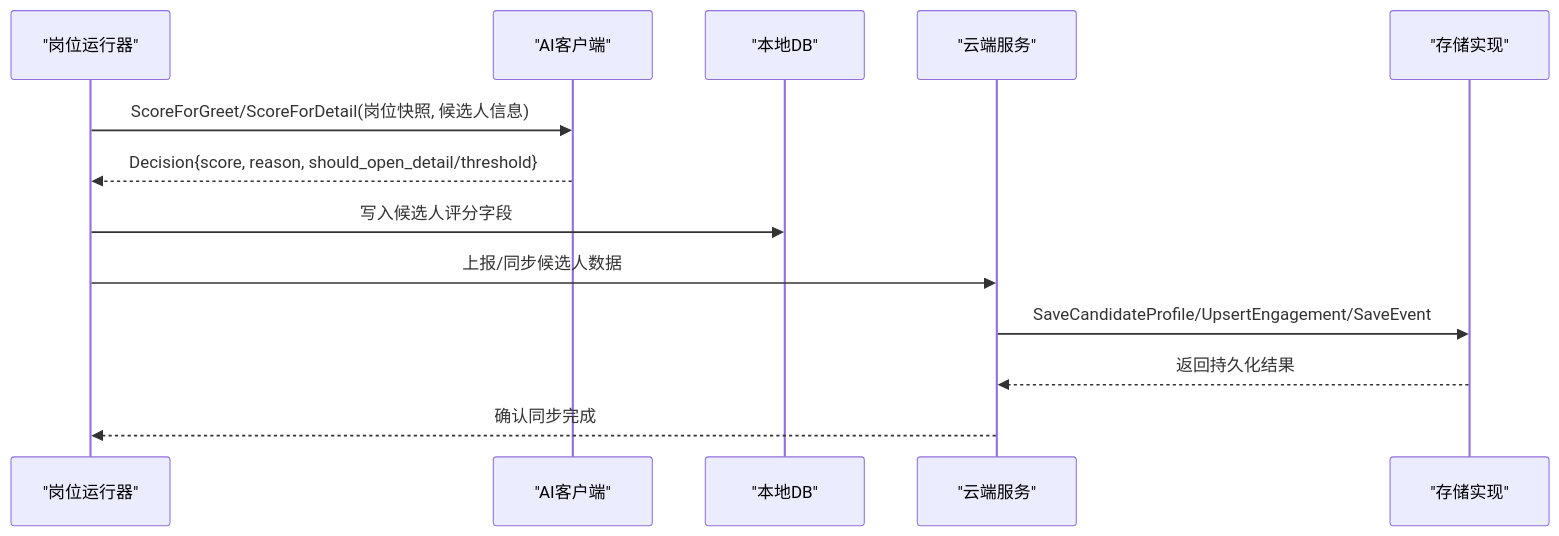
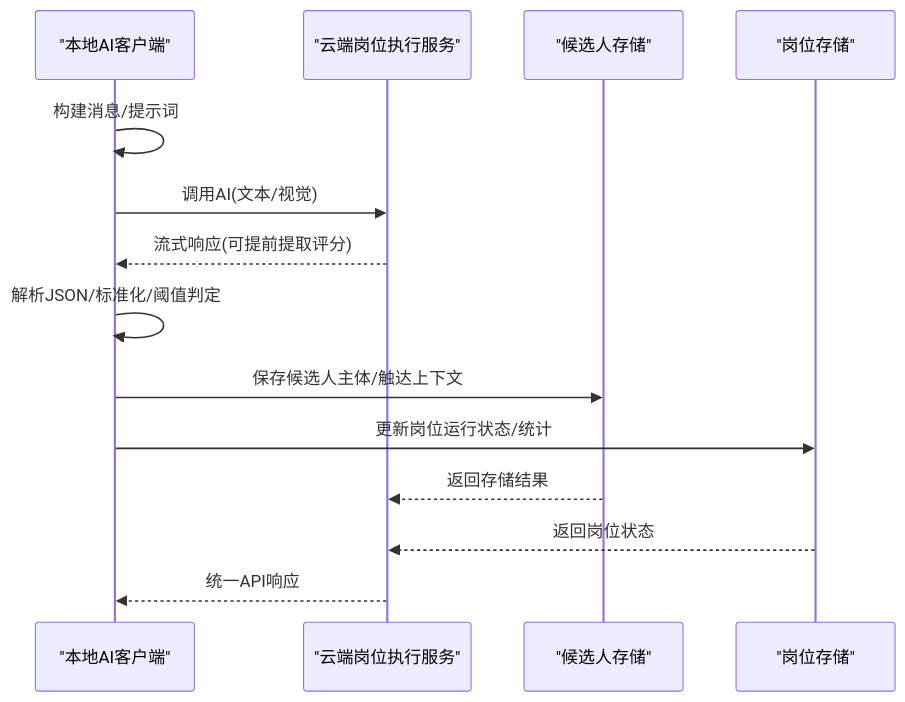
One commit to alvinwangzi/goodhr changed the second of 7 diagrams in .qoder/repowiki/zh/content/云端后端服务/候选人处理系统/AI匹配评分/评分结果处理.md. Above: the diagram before and after it, drawn with Mermaid. The commit also changed other lines of this file and 149 other files, not shown here.

````diff
--- a/.qoder/repowiki/zh/content/云端后端服务/候选人处理系统/AI匹配评分/评分结果处理.md
+++ b/.qoder/repowiki/zh/content/云端后端服务/候选人处理系统/AI匹配评分/评分结果处理.md
@@ -94,15 +105,16 @@
 ```mermaid
 sequenceDiagram
-participant Runner as "岗位运行器"
-participant AI as "AI客户端"
-participant LocalDB as "本地DB"
-participant Cloud as "云端服务"
-participant Store as "存储实现"
-Runner->>AI : ScoreForGreet/ScoreForDetail(岗位快照, 候选人信息)
-AI-->>Runner : Decision{score, reason, should_open_detail/threshold}
-Runner->>LocalDB : 写入候选人评分字段
-Runner->>Cloud : 上报/同步候选人数据
-Cloud->>Store : SaveCandidateProfile/UpsertEngagement/SaveEvent
-Store-->>Cloud : 返回持久化结果
-Cloud-->>Runner : 确认同步完成
+participant LA as "本地AI客户端"
+participant S as "云端岗位执行服务"
+participant CS as "候选人存储"
+participant PS as "岗位存储"
+LA->>LA : 构建消息/提示词
+LA->>S : 调用AI(文本/视觉)
+S-->>LA : 流式响应(可提前提取评分)
+LA->>LA : 解析JSON/标准化/阈值判定
+LA->>CS : 保存候选人主体/触达上下文
+LA->>PS : 更新岗位运行状态/统计
+CS-->>S : 返回存储结果
+PS-->>S : 返回岗位状态
+S-->>LA : 统一API响应
 ```
````
